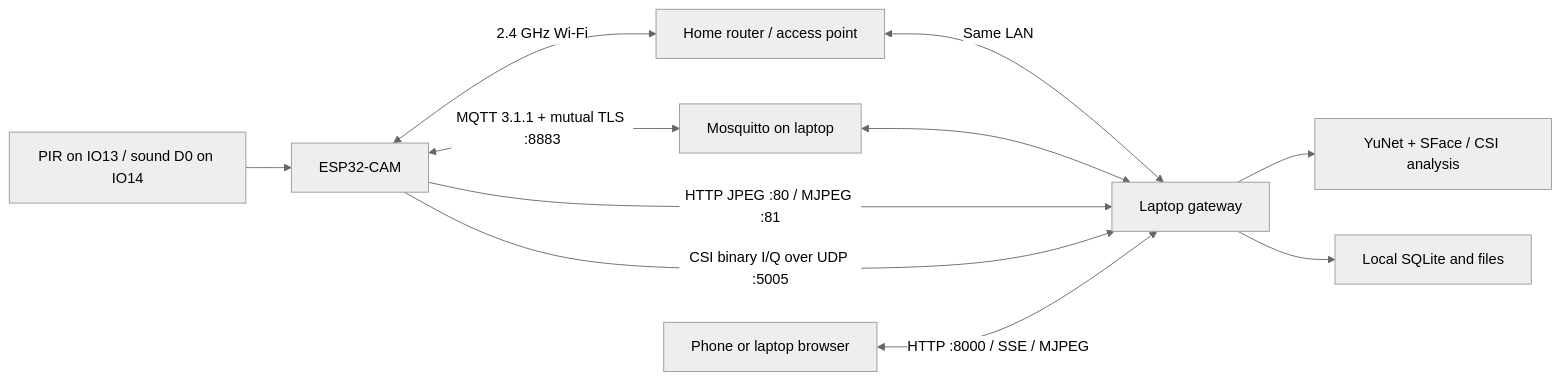
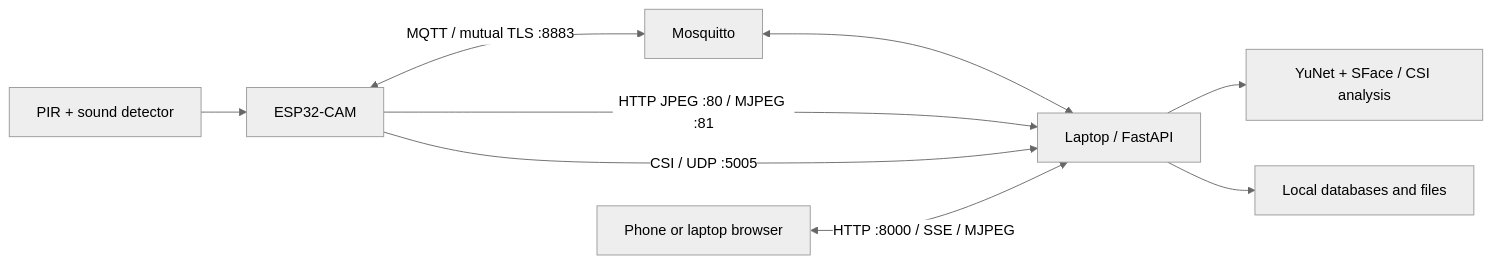
The diagram in README.md (yash-kalathiya/esp32-doorbell), drawn with Mermaid (neutral theme) before and after one commit. The commit also changed other lines of this file and 1 other file, not shown here.

````diff
--- a/README.md
+++ b/README.md
@@ -43,13 +48,11 @@
 ```mermaid
 flowchart LR
-    Sensors["PIR on IO13 / sound D0 on IO14"] --> ESP["ESP32-CAM"]
-    ESP <-->|"2.4 GHz Wi-Fi"| AP["Home router / access point"]
-    AP <-->|"Same LAN"| Laptop["Laptop gateway"]
-    ESP <-->|"MQTT 3.1.1 + mutual TLS :8883"| Broker["Mosquitto on laptop"]
-    Broker <--> Laptop
-    ESP -->|"HTTP JPEG :80 / MJPEG :81"| Laptop
-    ESP -->|"CSI binary I/Q over UDP :5005"| Laptop
-    Laptop --> Models["YuNet + SFace / CSI analysis"]
-    Laptop --> DB["Local SQLite and files"]
-    Phone["Phone or laptop browser"] <-->|"HTTP :8000 / SSE / MJPEG"| Laptop
+    Sensors["PIR + sound detector"] --> ESP["ESP32-CAM"]
+    ESP <-->|"MQTT / mutual TLS :8883"| Broker["Mosquitto"]
+    Broker <--> Gateway["Laptop / FastAPI"]
+    ESP -->|"HTTP JPEG :80 / MJPEG :81"| Gateway
+    ESP -->|"CSI / UDP :5005"| Gateway
+    Gateway --> Processing["YuNet + SFace / CSI analysis"]
+    Gateway --> Storage["Local databases and files"]
+    Browser["Phone or laptop browser"] <-->|"HTTP :8000 / SSE / MJPEG"| Gateway
 ```
````
